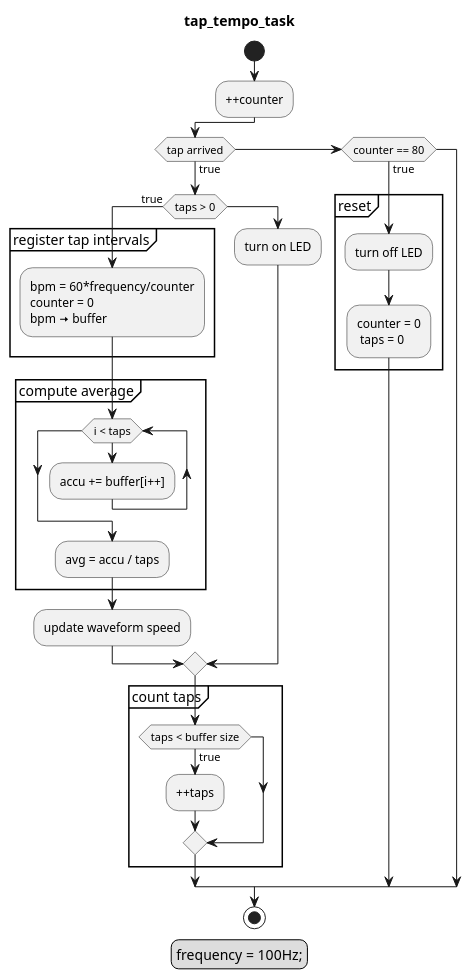
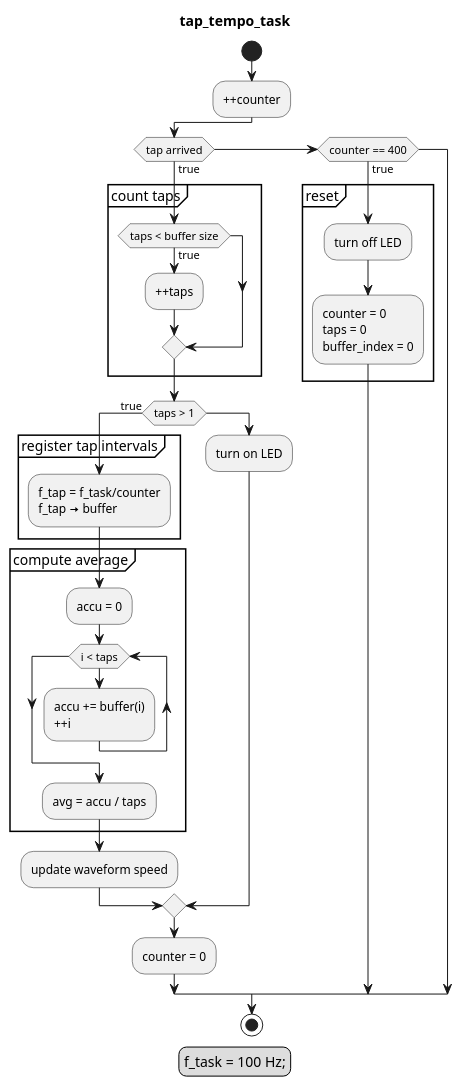
The diagram in software/doc/uml/tap_tempo.pu (theFork/uMIDI), drawn with PlantUML before and after one commit.

Commit message:
Update activity diagram: Use Hz instead of BPM

```diff
--- a/software/doc/uml/tap_tempo.pu
+++ b/software/doc/uml/tap_tempo.pu
@@ -1,53 +1,57 @@
 @startuml
 title tap_tempo_task
 
 legend
-frequency = 100Hz;
+f_task = 100 Hz;
 end legend
 
 start
 
 :++counter;
 
 if (tap arrived) then (true)
 
-    if (taps > 0) then (true)
+    partition "count taps" {
+    if (taps < buffer size) then (true)
+        :++taps;
+    else
+    endif
+    }
+
+    if (taps > 1) then (true)
 
         partition "register tap intervals" {
-        :bpm = 60*frequency/counter
-        counter = 0
-        bpm <&arrow-right> buffer;
+        :f_tap = f_task/counter
+        f_tap <&arrow-right> buffer;
         }
 
         partition "compute average" {
+        :accu = 0;
         while (i < taps)
-            :accu += buffer[i++];
+            :accu += buffer(i)
+            ++i;
         endwhile
         :avg = accu / taps;
         }
 
         :update waveform speed;
     else
         :turn on LED;
     endif
 
-    partition "count taps" {
-    if (taps < buffer size) then (true)
-        :++taps;
-    else
-    endif
-    }
+    :counter = 0;
 
-elseif (counter == 80) then (true)
+elseif (counter == 400) then (true)
 
     partition "reset" {
     :turn off LED;
     :counter = 0
-     taps = 0;
+    taps = 0
+    buffer_index = 0;
     }
 
 else
 endif
 
 stop
 @enduml
```
